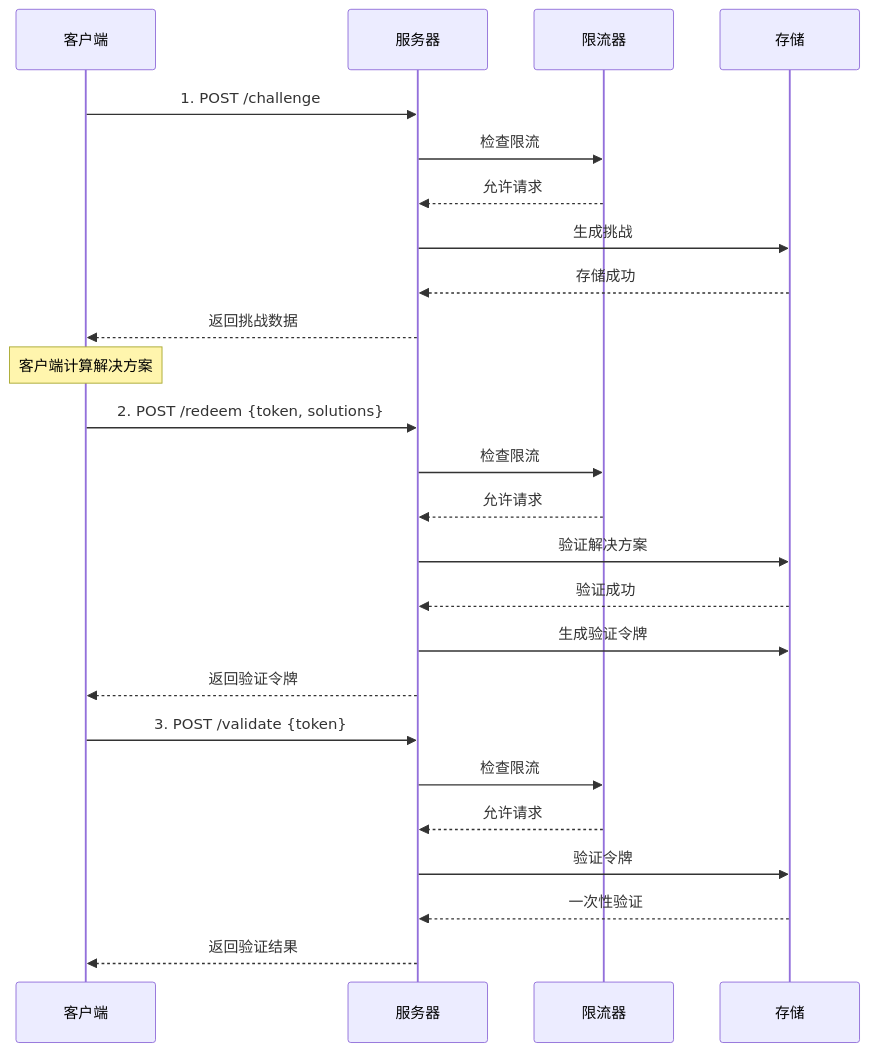
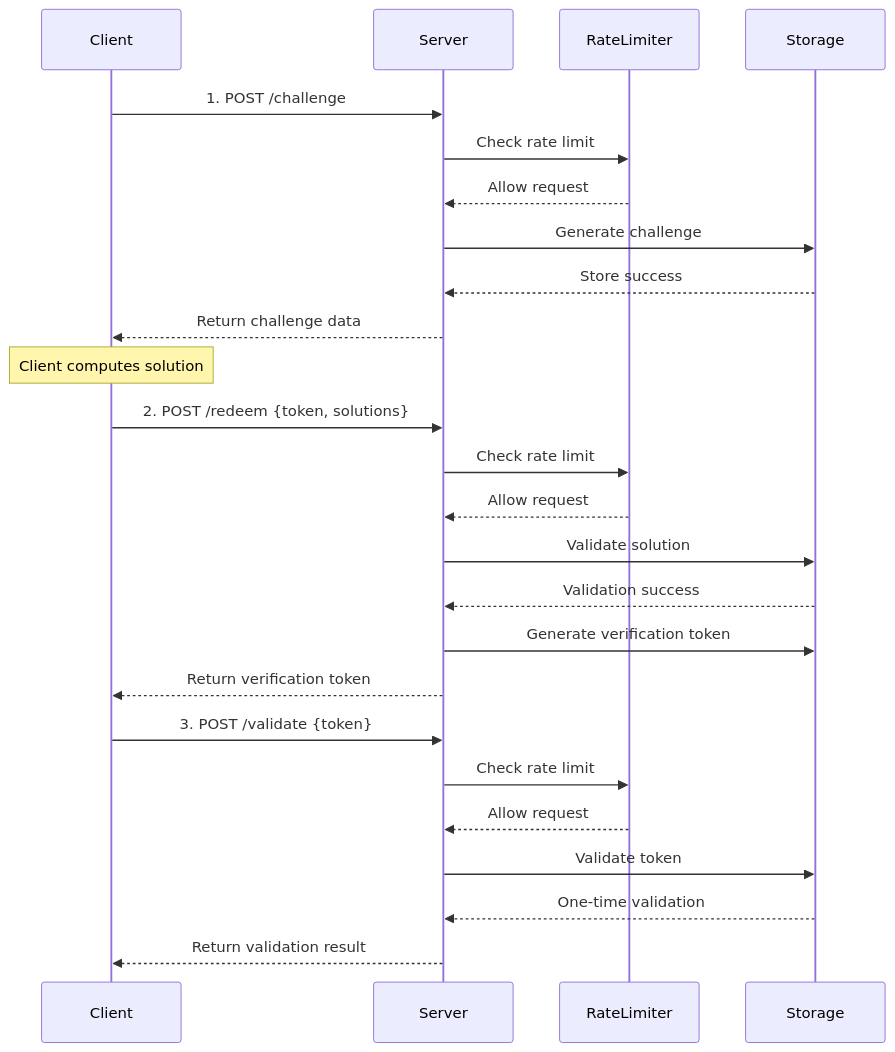
The diagram in README.md (clysss/capito), drawn with Mermaid before and after one commit. The commit also changed other lines of this file and 38 other files, not shown here.

````diff
--- a/README.md
+++ b/README.md
@@ -514,31 +248,31 @@
 ```mermaid
 sequenceDiagram
-    participant C as 客户端
-    participant S as 服务器
-    participant RL as 限流器
-    participant ST as 存储
+    participant C as Client
+    participant S as Server
+    participant RL as RateLimiter
+    participant ST as Storage
     
     C->>S: 1. POST /challenge
-    S->>RL: 检查限流
-    RL-->>S: 允许请求
-    S->>ST: 生成挑战
-    ST-->>S: 存储成功
-    S-->>C: 返回挑战数据
+    S->>RL: Check rate limit
+    RL-->>S: Allow request
+    S->>ST: Generate challenge
+    ST-->>S: Store success
+    S-->>C: Return challenge data
     
-    Note over C: 客户端计算解决方案
+    Note over C: Client computes solution
     
     C->>S: 2. POST /redeem {token, solutions}
-    S->>RL: 检查限流
-    RL-->>S: 允许请求
-    S->>ST: 验证解决方案
-    ST-->>S: 验证成功
-    S->>ST: 生成验证令牌
-    S-->>C: 返回验证令牌
+    S->>RL: Check rate limit
+    RL-->>S: Allow request
+    S->>ST: Validate solution
+    ST-->>S: Validation success
+    S->>ST: Generate verification token
+    S-->>C: Return verification token
     
     C->>S: 3. POST /validate {token}
-    S->>RL: 检查限流
-    RL-->>S: 允许请求
-    S->>ST: 验证令牌
-    ST-->>S: 一次性验证
-    S-->>C: 返回验证结果
+    S->>RL: Check rate limit
+    RL-->>S: Allow request
+    S->>ST: Validate token
+    ST-->>S: One-time validation
+    S-->>C: Return validation result
 ```
````
